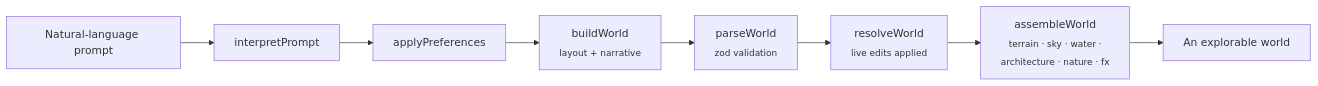
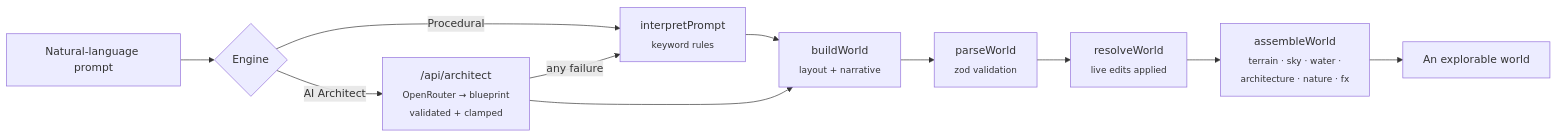
One commit to Aryan-Protein-Vala/mythos changed the diagram in README.md. Above: the diagram before and after it, drawn with Mermaid. The commit also changed other lines of this file and 21 other files, not shown here.

First line of the commit message:
Add AI World Architect: OpenRouter planning, revision, and fallback

````diff
--- a/README.md
+++ b/README.md
@@ -109,10 +111,13 @@
 ```mermaid
 flowchart LR
-    A["Natural-language prompt"] --> B["interpretPrompt"]
-    B --> C["applyPreferences"]
-    C --> D["buildWorld<br/><sub>layout + narrative</sub>"]
+    A["Natural-language prompt"] --> M{"Engine"}
+    M -->|Procedural| B["interpretPrompt<br/><sub>keyword rules</sub>"]
+    M -->|AI Architect| AI["/api/architect<br/><sub>OpenRouter → blueprint<br/>validated + clamped</sub>"]
+    AI -->|any failure| B
+    B --> D["buildWorld<br/><sub>layout + narrative</sub>"]
+    AI --> D
     D --> E["parseWorld<br/><sub>zod validation</sub>"]
     E --> F["resolveWorld<br/><sub>live edits applied</sub>"]
     F --> G["assembleWorld<br/><sub>terrain · sky · water ·<br/>architecture · nature · fx</sub>"]
     G --> H["An explorable world"]
 ```
````
